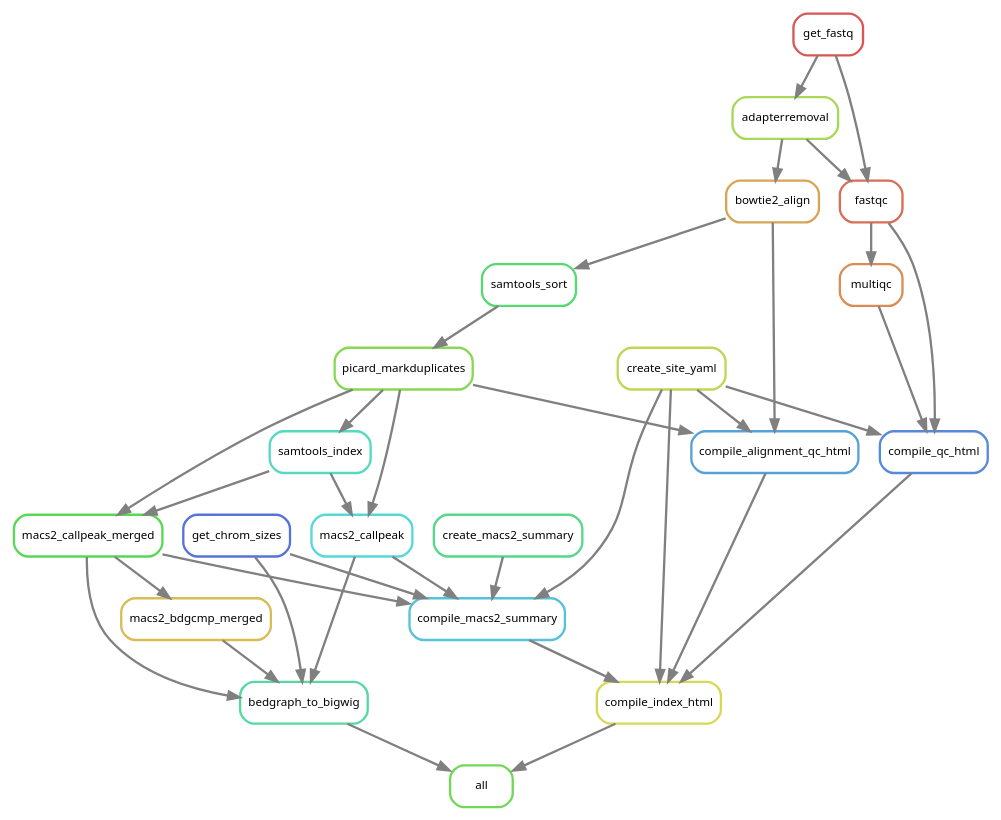
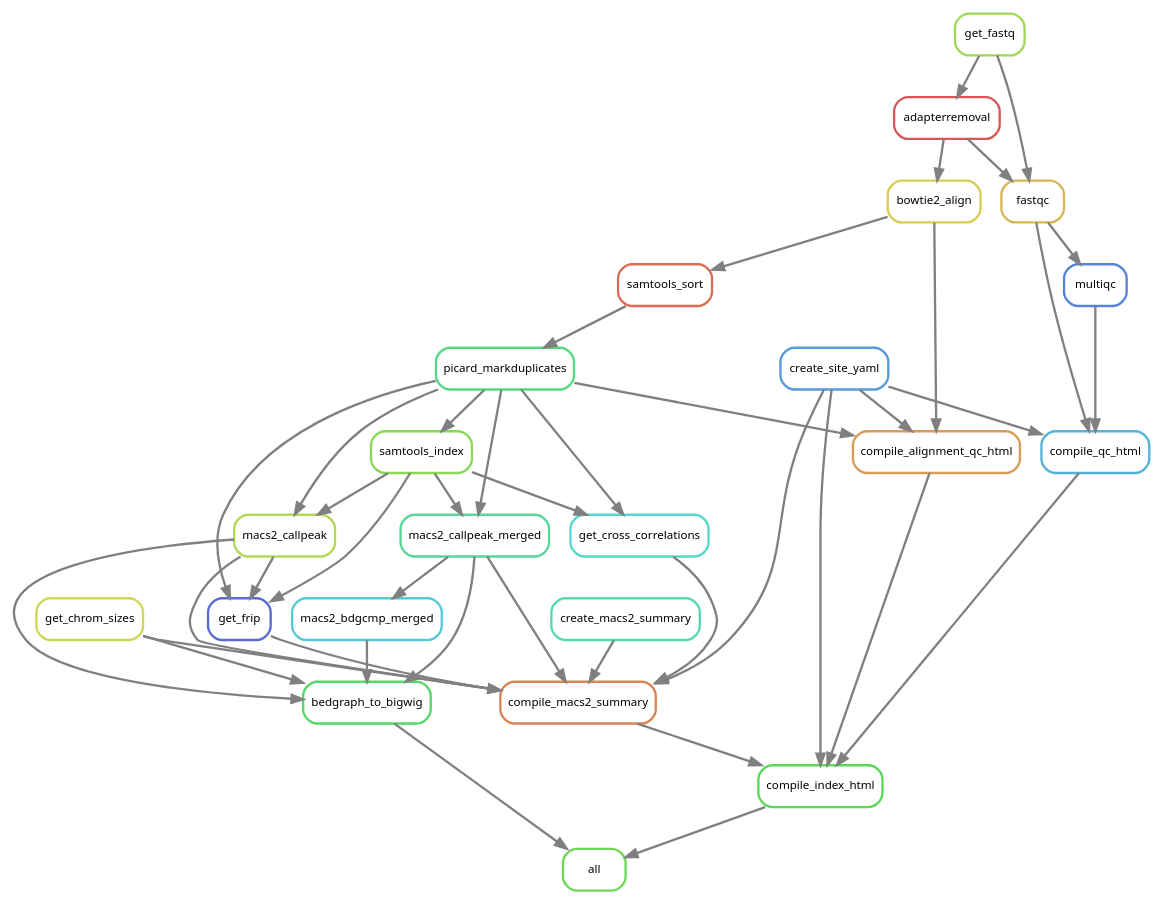
One commit to smped/PRJNA509779 changed the diagram in workflow/rules/rulegraph.dot. Above: the diagram before and after it, drawn with Graphviz. The commit also changed 17 other files, not shown here.

```diff
--- a/workflow/rules/rulegraph.dot
+++ b/workflow/rules/rulegraph.dot
@@ -1,59 +1,68 @@
 digraph snakemake_dag {
     graph[bgcolor=white, margin=0];
     node[shape=box, style=rounded, fontname=sans,                 fontsize=10, penwidth=2];
     edge[penwidth=2, color=grey];
 	0[label = "all", color = "0.30 0.6 0.85", style="rounded"];
-	1[label = "bedgraph_to_bigwig", color = "0.43 0.6 0.85", style="rounded"];
-	2[label = "macs2_callpeak", color = "0.50 0.6 0.85", style="rounded"];
-	3[label = "picard_markduplicates", color = "0.27 0.6 0.85", style="rounded"];
-	4[label = "samtools_sort", color = "0.37 0.6 0.85", style="rounded"];
-	5[label = "bowtie2_align", color = "0.10 0.6 0.85", style="rounded"];
-	6[label = "adapterremoval", color = "0.23 0.6 0.85", style="rounded"];
-	7[label = "get_fastq", color = "0.00 0.6 0.85", style="rounded"];
-	8[label = "samtools_index", color = "0.47 0.6 0.85", style="rounded"];
-	9[label = "get_chrom_sizes", color = "0.63 0.6 0.85", style="rounded"];
-	10[label = "macs2_callpeak_merged", color = "0.33 0.6 0.85", style="rounded"];
-	11[label = "macs2_bdgcmp_merged", color = "0.13 0.6 0.85", style="rounded"];
-	12[label = "compile_index_html", color = "0.17 0.6 0.85", style="rounded"];
-	13[label = "compile_macs2_summary", color = "0.53 0.6 0.85", style="rounded"];
-	14[label = "create_macs2_summary", color = "0.40 0.6 0.85", style="rounded"];
-	15[label = "create_site_yaml", color = "0.20 0.6 0.85", style="rounded"];
-	16[label = "compile_qc_html", color = "0.60 0.6 0.85", style="rounded"];
-	17[label = "fastqc", color = "0.03 0.6 0.85", style="rounded"];
-	18[label = "multiqc", color = "0.07 0.6 0.85", style="rounded"];
-	19[label = "compile_alignment_qc_html", color = "0.57 0.6 0.85", style="rounded"];
+	1[label = "bedgraph_to_bigwig", color = "0.36 0.6 0.85", style="rounded"];
+	2[label = "macs2_callpeak", color = "0.21 0.6 0.85", style="rounded"];
+	3[label = "picard_markduplicates", color = "0.39 0.6 0.85", style="rounded"];
+	4[label = "samtools_sort", color = "0.03 0.6 0.85", style="rounded"];
+	5[label = "bowtie2_align", color = "0.15 0.6 0.85", style="rounded"];
+	6[label = "adapterremoval", color = "0.00 0.6 0.85", style="rounded"];
+	7[label = "get_fastq", color = "0.24 0.6 0.85", style="rounded"];
+	8[label = "samtools_index", color = "0.27 0.6 0.85", style="rounded"];
+	9[label = "get_chrom_sizes", color = "0.18 0.6 0.85", style="rounded"];
+	10[label = "macs2_callpeak_merged", color = "0.42 0.6 0.85", style="rounded"];
+	11[label = "macs2_bdgcmp_merged", color = "0.52 0.6 0.85", style="rounded"];
+	12[label = "compile_index_html", color = "0.33 0.6 0.85", style="rounded"];
+	13[label = "compile_macs2_summary", color = "0.06 0.6 0.85", style="rounded"];
+	14[label = "create_macs2_summary", color = "0.45 0.6 0.85", style="rounded"];
+	15[label = "get_cross_correlations", color = "0.48 0.6 0.85", style="rounded"];
+	16[label = "get_frip", color = "0.64 0.6 0.85", style="rounded"];
+	17[label = "create_site_yaml", color = "0.58 0.6 0.85", style="rounded"];
+	18[label = "compile_qc_html", color = "0.55 0.6 0.85", style="rounded"];
+	19[label = "fastqc", color = "0.12 0.6 0.85", style="rounded"];
+	20[label = "multiqc", color = "0.61 0.6 0.85", style="rounded"];
+	21[label = "compile_alignment_qc_html", color = "0.09 0.6 0.85", style="rounded"];
 	12 -> 0
 	1 -> 0
 	10 -> 1
+	9 -> 1
 	11 -> 1
 	2 -> 1
-	9 -> 1
 	3 -> 2
 	8 -> 2
 	4 -> 3
 	5 -> 4
 	6 -> 5
 	7 -> 6
 	3 -> 8
 	3 -> 10
 	8 -> 10
 	10 -> 11
-	19 -> 12
-	16 -> 12
-	15 -> 12
+	18 -> 12
+	17 -> 12
 	13 -> 12
+	21 -> 12
+	9 -> 13
 	2 -> 13
+	17 -> 13
+	10 -> 13
 	14 -> 13
-	10 -> 13
 	15 -> 13
-	9 -> 13
-	17 -> 16
-	15 -> 16
-	18 -> 16
-	7 -> 17
-	6 -> 17
+	16 -> 13
+	3 -> 15
+	8 -> 15
+	3 -> 16
+	8 -> 16
+	2 -> 16
 	17 -> 18
-	5 -> 19
-	3 -> 19
-	15 -> 19
+	19 -> 18
+	20 -> 18
+	6 -> 19
+	7 -> 19
+	19 -> 20
+	3 -> 21
+	5 -> 21
+	17 -> 21
 }            
```
